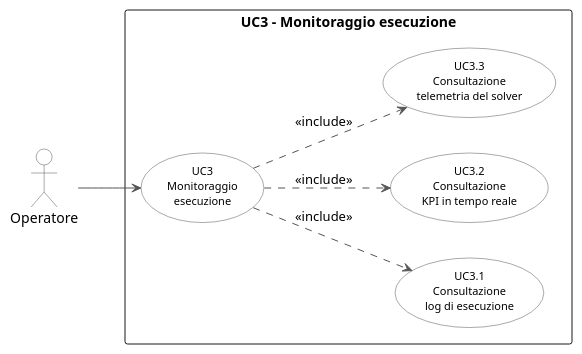
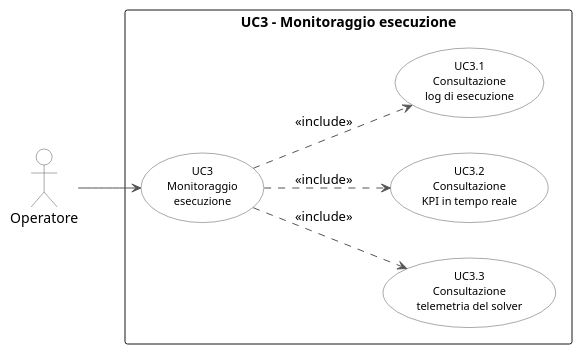
Before and after one commit to Faverooo/Tesi-MarcoFavero: the diagram in plantuml/usecase/uc3.puml, drawn with PlantUML. The commit also changed 13 other files, not shown here.

```diff
--- a/plantuml/usecase/uc3.puml
+++ b/plantuml/usecase/uc3.puml
@@ -1,28 +1,32 @@
 @startuml uc3
 left to right direction
 skinparam backgroundColor white
 skinparam usecase {
     BackgroundColor White
     BorderColor #555555
     ArrowColor #555555
     FontSize 11
 }
 skinparam actor {
     BackgroundColor White
     BorderColor #555555
 }
 
 actor "Operatore" as op
 
 rectangle "UC3 - Monitoraggio esecuzione" {
     (UC3\nMonitoraggio\nesecuzione) as UC3
     (UC3.1\nConsultazione\nlog di esecuzione) as UC31
     (UC3.2\nConsultazione\nKPI in tempo reale) as UC32
     (UC3.3\nConsultazione\ntelemetria del solver) as UC33
+    
+    ' Ancoraggio verticale per i sotto-casi
+    UC31 -[hidden]left-> UC32
+    UC32 -[hidden]left-> UC33
 }
 
 op --> UC3
 UC3 ..> UC31 : <<include>>
 UC3 ..> UC32 : <<include>>
 UC3 ..> UC33 : <<include>>
 @enduml
```
